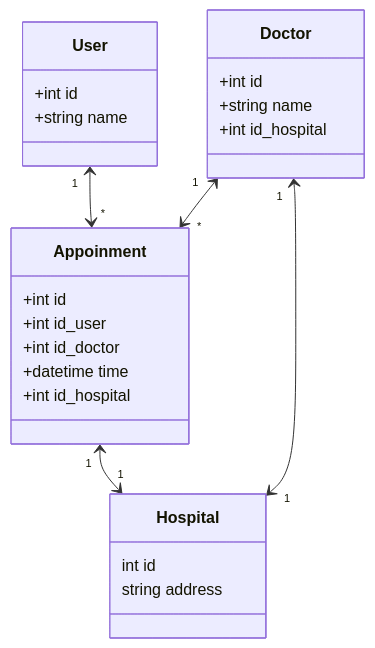
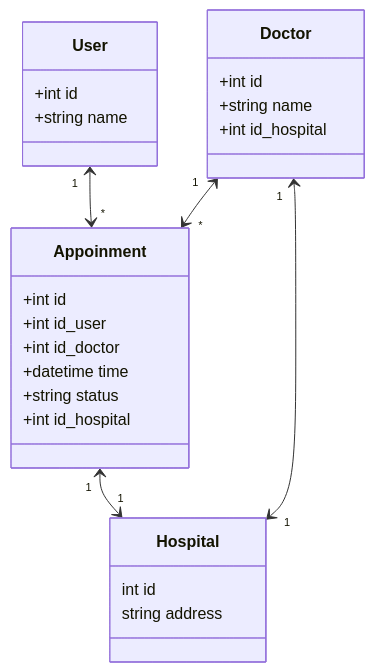
Before and after one commit to VishA1308/docs-as-code: the second of 2 diagrams in docs/project/diagrams.md, drawn with Mermaid. The commit also changed 5 other files, not shown here.

````diff
--- a/docs/project/diagrams.md
+++ b/docs/project/diagrams.md
@@ -26,31 +26,32 @@
 ```mermaid
 classDiagram
 
     class User {
         +int id
         +string name
     }
 
     class Appoinment{
         +int id
         +int id_user
         +int id_doctor
         +datetime time
+        +string status
         +int id_hospital
     }
 
     class Doctor {
         +int id
         +string name
         +int id_hospital
     }
     class Hospital {
         int id
         string address
     }
 
     User "1" <--> "*" Appoinment
     Doctor "1" <--> "*" Appoinment
     Appoinment "1" <--> "1" Hospital
     Doctor "1" <--> "1" Hospital
 ```
````
